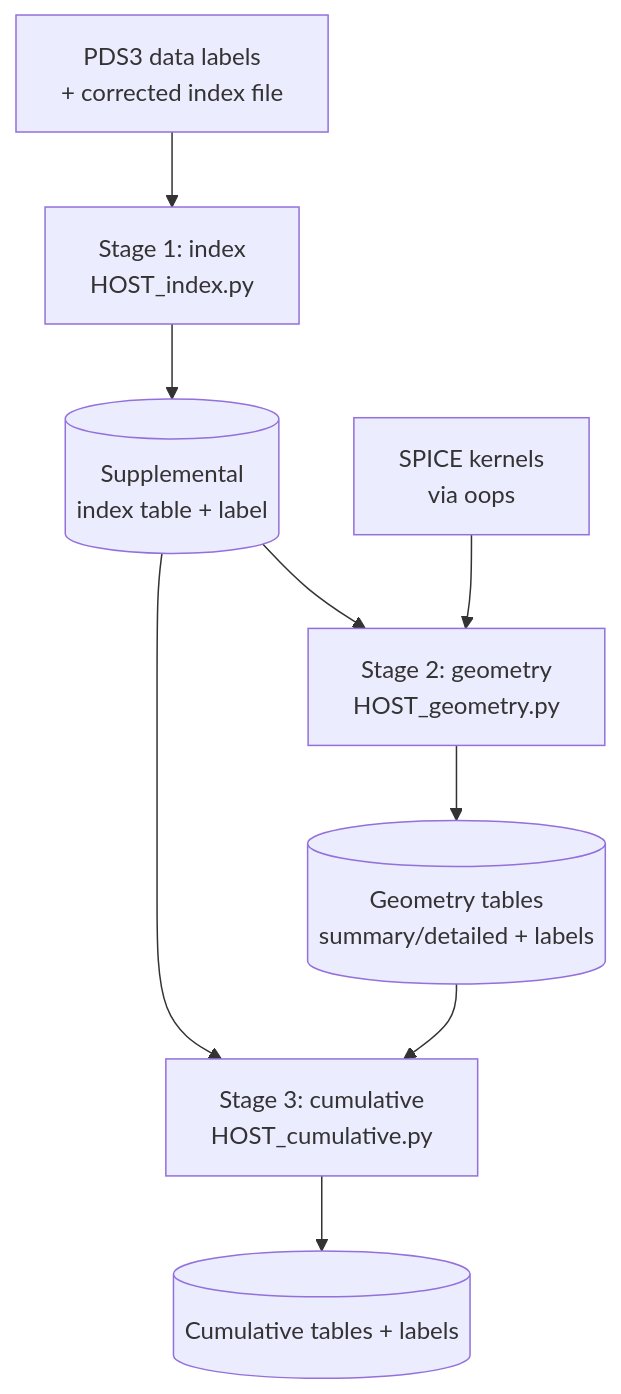
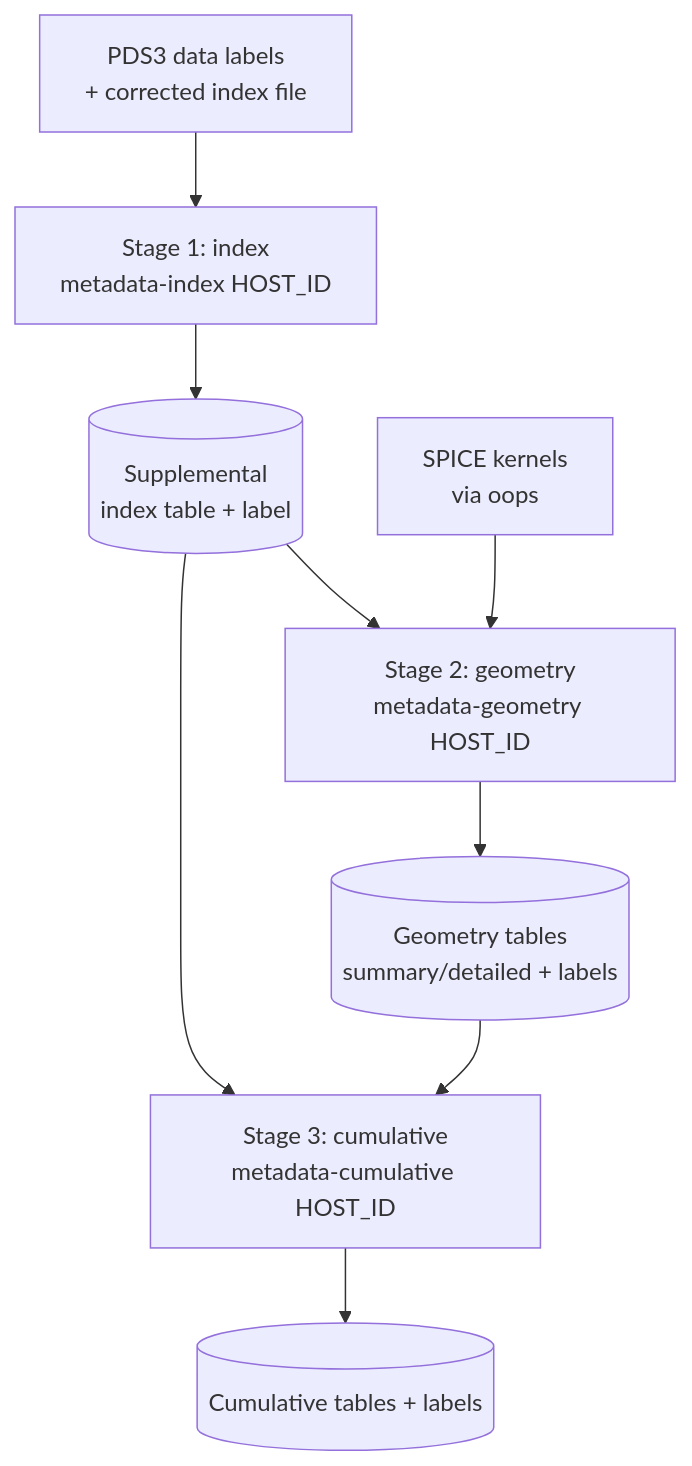
Before and after one commit to SETI/rms-metadata-tools: the diagram in docs/user_guide/user_guide_overview.rst, drawn with Mermaid. The commit also changed other lines of this file and 48 other files, not shown here.

```diff
--- a/docs/user_guide/user_guide_overview.rst
+++ b/docs/user_guide/user_guide_overview.rst
@@ -62,11 +62,11 @@
 .. mermaid::
 
    flowchart TD
-       L[PDS3 data labels<br/>+ corrected index file] --> I[Stage 1: index<br/>HOST_index.py]
+       L[PDS3 data labels<br/>+ corrected index file] --> I[Stage 1: index<br/>metadata-index HOST_ID]
        I --> IT[(Supplemental<br/>index table + label)]
-       IT --> G[Stage 2: geometry<br/>HOST_geometry.py]
+       IT --> G[Stage 2: geometry<br/>metadata-geometry HOST_ID]
        SPICE[SPICE kernels<br/>via oops] --> G
        G --> GT[(Geometry tables<br/>summary/detailed + labels)]
-       IT --> C[Stage 3: cumulative<br/>HOST_cumulative.py]
+       IT --> C[Stage 3: cumulative<br/>metadata-cumulative HOST_ID]
        GT --> C
        C --> CT[(Cumulative tables + labels)]
```
